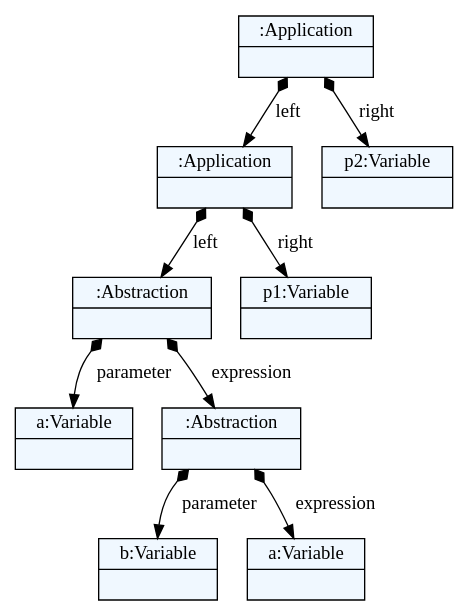
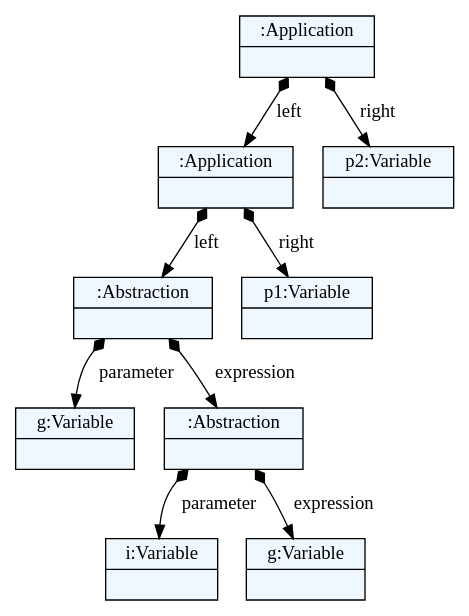
One commit to pavleglusac/lambda-calculus changed the diagram in language/models/model4.dot. Above: the diagram before and after it, drawn with Graphviz. The commit also changed 25 other files, not shown here.

```diff
--- a/language/models/model4.dot
+++ b/language/models/model4.dot
@@ -1,32 +1,32 @@
 
     digraph textX {
     fontname = "Bitstream Vera Sans"
     fontsize = 8
     node[
         shape=record,
         style=filled,
         fillcolor=aliceblue
     ]
     nodesep = 0.3
     edge[dir=black,arrowtail=empty]
 
 
-2358446948304 -> 2358444581760 [label="left" arrowtail=diamond dir=both]
-2358444581760 -> 2358444581808 [label="left" arrowtail=diamond dir=both]
-2358444581808 -> 2358444581856 [label="parameter" arrowtail=diamond dir=both]
-2358444581856[label="{a:Variable|}"]
-2358444581808 -> 2358444581904 [label="expression" arrowtail=diamond dir=both]
-2358444581904 -> 2358444581424 [label="parameter" arrowtail=diamond dir=both]
-2358444581424[label="{b:Variable|}"]
-2358444581904 -> 2358444581664 [label="expression" arrowtail=diamond dir=both]
-2358444581664[label="{a:Variable|}"]
-2358444581904[label="{:Abstraction|}"]
-2358444581808[label="{:Abstraction|}"]
-2358444581760 -> 2358445652816 [label="right" arrowtail=diamond dir=both]
-2358445652816[label="{p1:Variable|}"]
-2358444581760[label="{:Application|}"]
-2358446948304 -> 2358446948256 [label="right" arrowtail=diamond dir=both]
-2358446948256[label="{p2:Variable|}"]
-2358446948304[label="{:Application|}"]
+2133909192328 -> 2133910388232 [label="left" arrowtail=diamond dir=both]
+2133910388232 -> 2133908371912 [label="left" arrowtail=diamond dir=both]
+2133908371912 -> 2133911509064 [label="parameter" arrowtail=diamond dir=both]
+2133911509064[label="{g:Variable|}"]
+2133908371912 -> 2133911110408 [label="expression" arrowtail=diamond dir=both]
+2133911110408 -> 2133907913928 [label="parameter" arrowtail=diamond dir=both]
+2133907913928[label="{i:Variable|}"]
+2133911110408 -> 2133907794312 [label="expression" arrowtail=diamond dir=both]
+2133907794312[label="{g:Variable|}"]
+2133911110408[label="{:Abstraction|}"]
+2133908371912[label="{:Abstraction|}"]
+2133910388232 -> 2133911269192 [label="right" arrowtail=diamond dir=both]
+2133911269192[label="{p1:Variable|}"]
+2133910388232[label="{:Application|}"]
+2133909192328 -> 2133910004552 [label="right" arrowtail=diamond dir=both]
+2133910004552[label="{p2:Variable|}"]
+2133909192328[label="{:Application|}"]
 
 }
```
